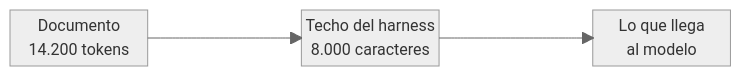
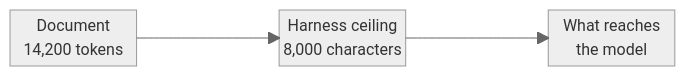
Before and after one commit to mrshelll/baton: the second of 6 diagrams in README.md, drawn with Mermaid (neutral theme). The commit also changed other lines of this file and 50 other files, not shown here.

First line of the commit message:
feat!: inglés como idioma del proyecto, con `language` para lo que se lee

````diff
--- a/README.md
+++ b/README.md
@@ -33,7 +35,7 @@
 ```mermaid
 block-beta
   columns 5
-  A["Documento<br/>14.200 tokens"] space B["Techo del harness<br/>8.000 caracteres"] space C["Lo que llega<br/>al modelo"]
+  A["Document<br/>14,200 tokens"] space B["Harness ceiling<br/>8,000 characters"] space C["What reaches<br/>the model"]
   A --> B
   B --> C
 ```
````
